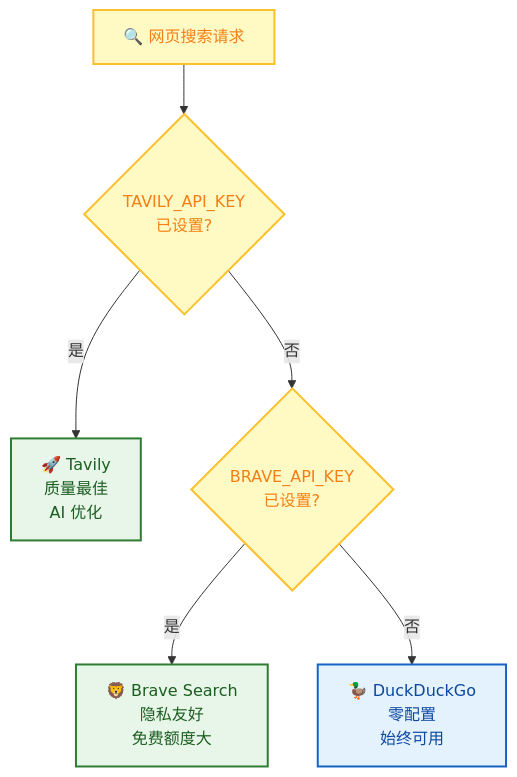
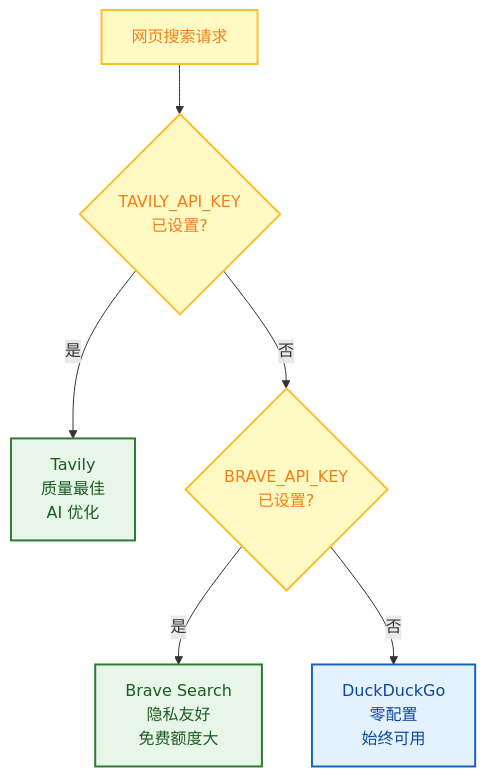
One commit to xt765/FinchBot changed the sixth of 10 diagrams in docs/zh-CN/architecture.md. Above: the diagram before and after it, drawn with Mermaid. The commit also changed other lines of this file and 18 other files, not shown here.

First line of the commit message:
docs: 简化架构图并删除所有mermaid图中的表情包

````diff
--- a/docs/zh-CN/architecture.md
+++ b/docs/zh-CN/architecture.md
@@ -589,23 +512,22 @@
 ```mermaid
 flowchart TD
-    %% 样式定义
     classDef check fill:#fff9c4,stroke:#fbc02d,stroke-width:2px,color:#f57f17;
     classDef engine fill:#e8f5e9,stroke:#2e7d32,stroke-width:2px,color:#1b5e20;
     classDef fallback fill:#e3f2fd,stroke:#1565c0,stroke-width:2px,color:#0d47a1;
 
-    Start[🔍 网页搜索请求]:::check
+    Start[网页搜索请求]:::check
     
     Check1{TAVILY_API_KEY<br/>已设置?}:::check
-    Tavily[🚀 Tavily<br/>质量最佳<br/>AI 优化]:::engine
+    Tavily[Tavily<br/>质量最佳<br/>AI 优化]:::engine
     
     Check2{BRAVE_API_KEY<br/>已设置?}:::check
-    Brave[🦁 Brave Search<br/>隐私友好<br/>免费额度大]:::engine
+    Brave[Brave Search<br/>隐私友好<br/>免费额度大]:::engine
     
-    DDG[🦆 DuckDuckGo<br/>零配置<br/>始终可用]:::fallback
+    DDG[DuckDuckGo<br/>零配置<br/>始终可用]:::fallback
 
     Start --> Check1
     Check1 -->|是| Tavily
     Check1 -->|否| Check2
     Check2 -->|是| Brave
     Check2 -->|否| DDG
 ```
````
